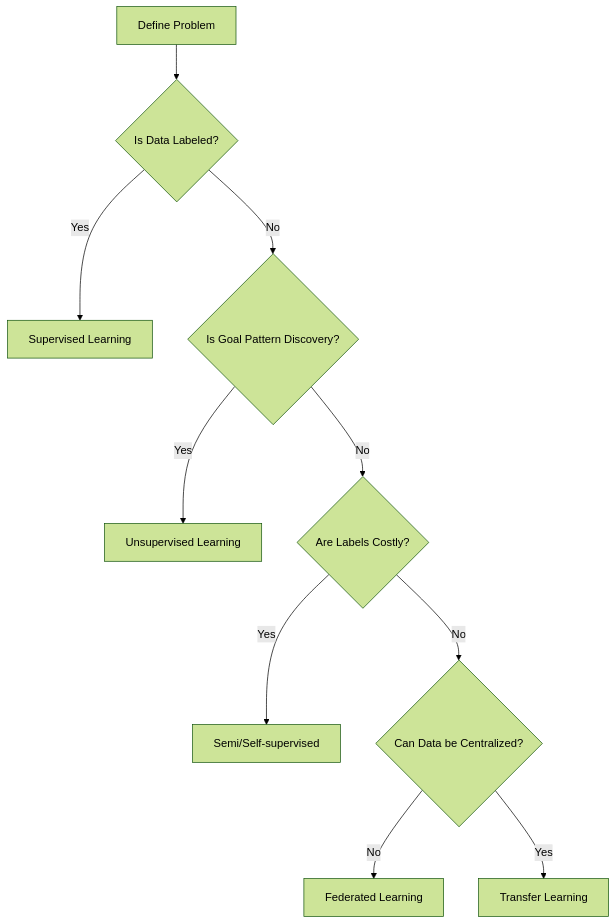
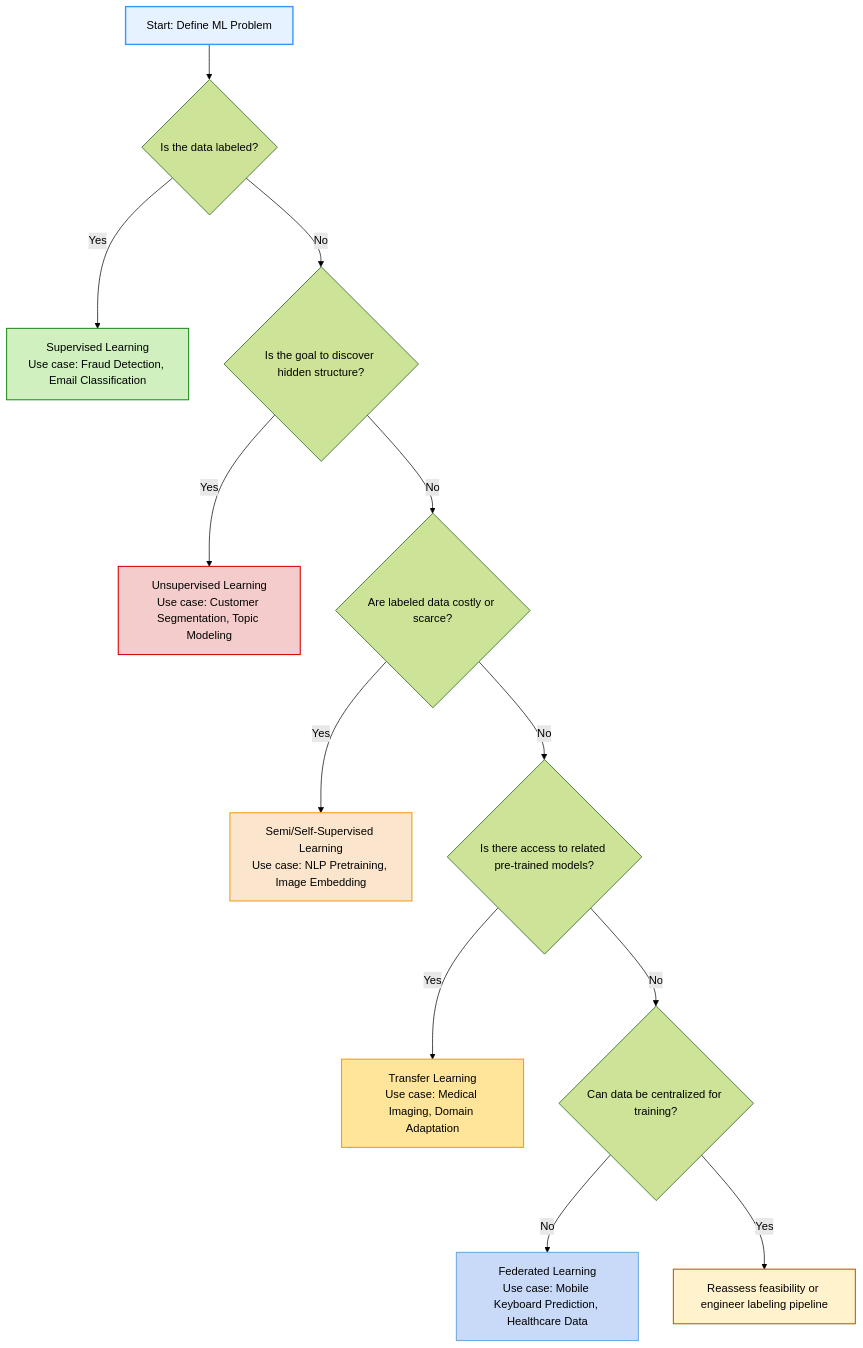
The diagram in flowchart.mmd (KediyaVis/ParadigmsML), drawn with Mermaid (forest theme) before and after one commit.

```diff
--- a/flowchart.mmd
+++ b/flowchart.mmd
@@ -1,10 +1,20 @@
 flowchart TD
-    A[Define Problem] --> B{Is Data Labeled?}
-    B -->|Yes| C[Supervised Learning]
-    B -->|No| D{Is Goal Pattern Discovery?}
-    D -->|Yes| E[Unsupervised Learning]
-    D -->|No| F{Are Labels Costly?}
-    F -->|Yes| G[Semi/Self-supervised]
-    F -->|No| H{Can Data be Centralized?}
-    H -->|No| I[Federated Learning]
-    H -->|Yes| J[Transfer Learning]
+    A[Start: Define ML Problem] --> B{Is the data labeled?}
+    B -->|Yes| C[Supervised Learning<br/>Use case: Fraud Detection, Email Classification]
+    B -->|No| D{Is the goal to discover hidden structure?}
+    D -->|Yes| E[Unsupervised Learning<br/>Use case: Customer Segmentation, Topic Modeling]
+    D -->|No| F{Are labeled data costly or scarce?}
+    F -->|Yes| G[Semi/Self-Supervised Learning<br/>Use case: NLP Pretraining, Image Embedding]
+    F -->|No| H{Is there access to related pre-trained models?}
+    H -->|Yes| I[Transfer Learning<br/>Use case: Medical Imaging, Domain Adaptation]
+    H -->|No| J{Can data be centralized for training?}
+    J -->|No| K[Federated Learning<br/>Use case: Mobile Keyboard Prediction, Healthcare Data]
+    J -->|Yes| L[Reassess feasibility or engineer labeling pipeline]
+
+    style A fill:#e6f2ff,stroke:#3399ff,stroke-width:2px
+    style C fill:#d0f0c0,stroke:#228B22,stroke-width:1.5px
+    style E fill:#f4cccc,stroke:#d40000,stroke-width:1.5px
+    style G fill:#fce5cd,stroke:#f39c12,stroke-width:1.5px
+    style I fill:#ffe599,stroke:#ff9900,stroke-width:1.5px
+    style K fill:#c9daf8,stroke:#6fa8dc,stroke-width:1.5px
+    style L fill:#fff2cc,stroke:#b45f06,stroke-width:1.5px
```
